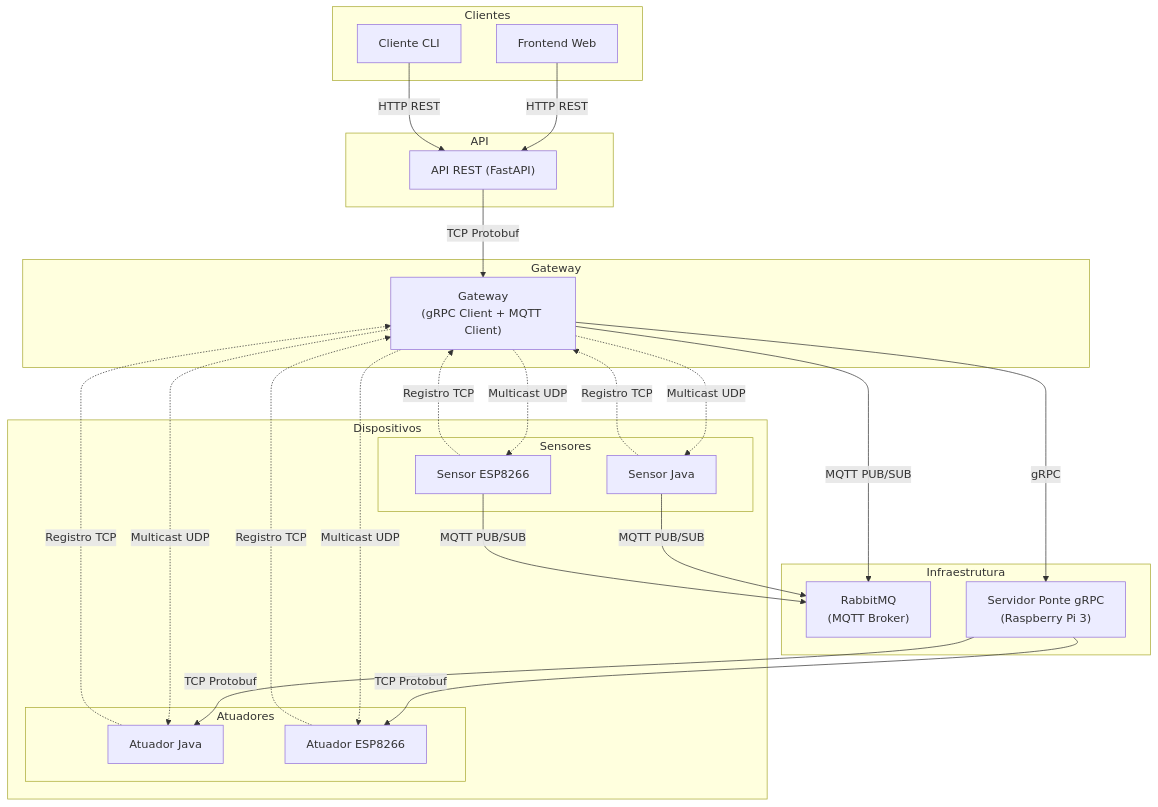
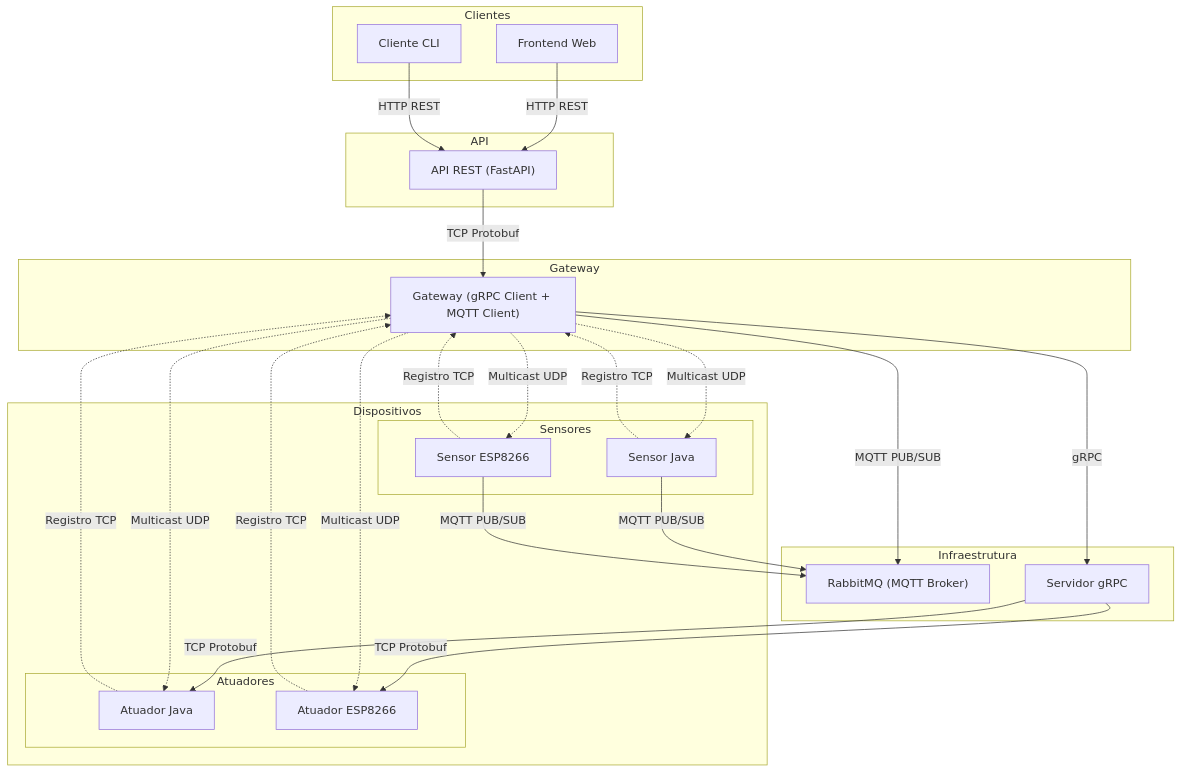
Before and after one commit to mdo-br/Trabalho-SD-gRPC-RabbitMQ-MQTT: the first of 2 diagrams in README.md, drawn with Mermaid. The commit also changed 18 other files, not shown here.

````diff
--- a/README.md
+++ b/README.md
@@ -152,60 +152,60 @@
 ```mermaid
 flowchart TB
     subgraph Clientes
         FE["Frontend Web"]
         CLI["Cliente CLI"]
     end
 
     subgraph API
         REST["API REST (FastAPI)"]
     end
 
     subgraph Gateway
-        GW["Gateway\n(gRPC Client + MQTT Client)"]
+        GW["Gateway (gRPC Client + MQTT Client)"]
     end
 
     subgraph Infraestrutura
-        MQ["RabbitMQ\n(MQTT Broker)"]
-        GRPC["Servidor Ponte gRPC\n(Raspberry Pi 3)"]
+        MQ["RabbitMQ (MQTT Broker)"]
+        GRPC["Servidor gRPC"]
     end
 
     subgraph Dispositivos
         subgraph Sensores
             SJ["Sensor Java"]
             SESP["Sensor ESP8266"]
         end
         subgraph Atuadores
             AJ["Atuador Java"]
             AESP["Atuador ESP8266"]
         end
     end
 
     %% Conexões dos clientes
     FE -->|HTTP REST| REST
     CLI -->|HTTP REST| REST
     REST -->|TCP Protobuf| GW
 
     %% Conexões do Gateway
     GW -->|gRPC| GRPC
     GW -->|MQTT PUB/SUB| MQ
 
     %% Conexões dos sensores (MQTT)
     SJ -->|MQTT PUB/SUB| MQ
     SESP -->|MQTT PUB/SUB| MQ
 
     %% Conexões dos atuadores (gRPC → TCP)
     GRPC -->|TCP Protobuf| AESP
     GRPC -->|TCP Protobuf| AJ
 
     %% Descoberta multicast (todos os dispositivos)
     GW -.->|Multicast UDP| SJ
     GW -.->|Multicast UDP| SESP
     GW -.->|Multicast UDP| AJ
     GW -.->|Multicast UDP| AESP
     
     %% Registro TCP (todos os dispositivos)
     SJ -.->|Registro TCP| GW
     SESP -.->|Registro TCP| GW
     AJ -.->|Registro TCP| GW
     AESP -.->|Registro TCP| GW
 ```
````
